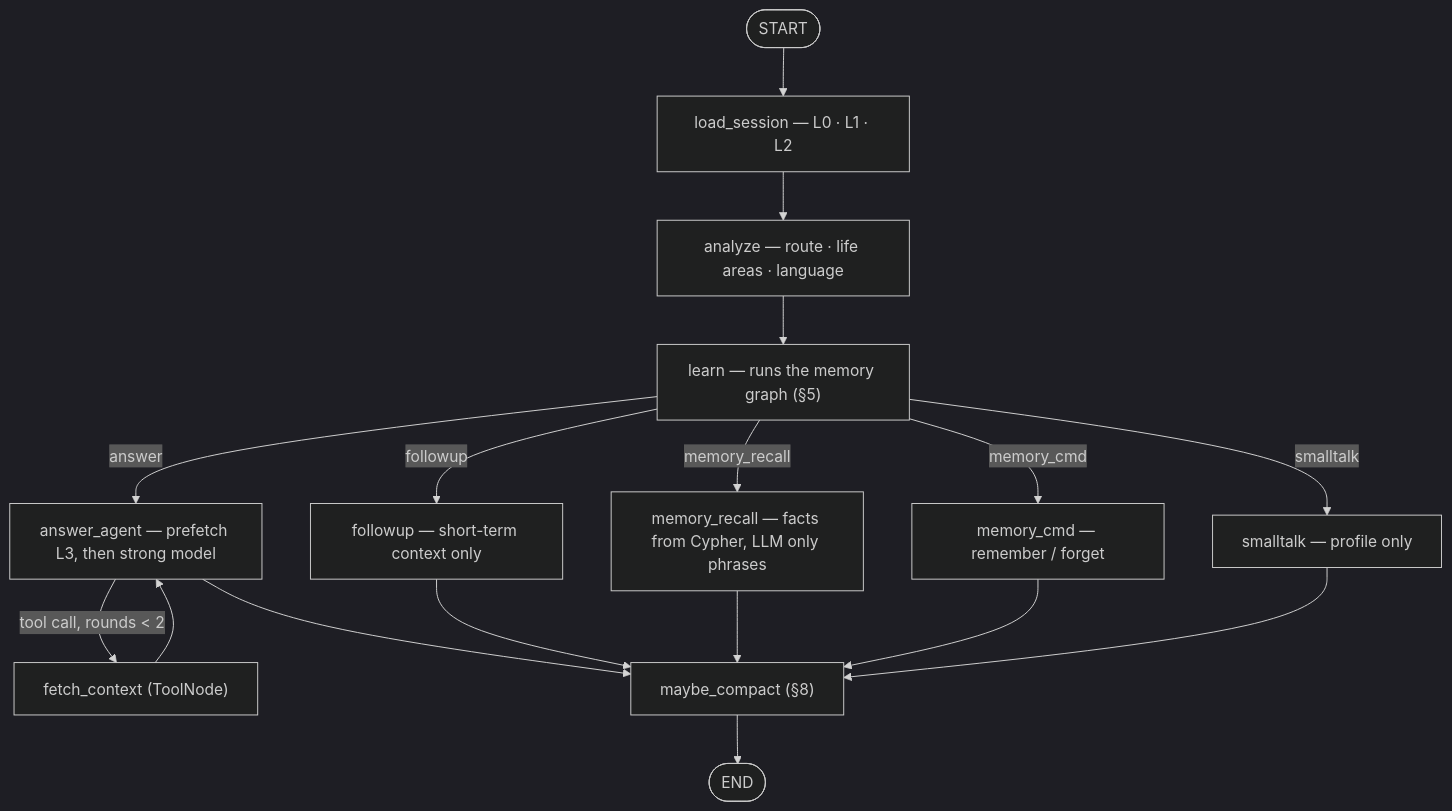
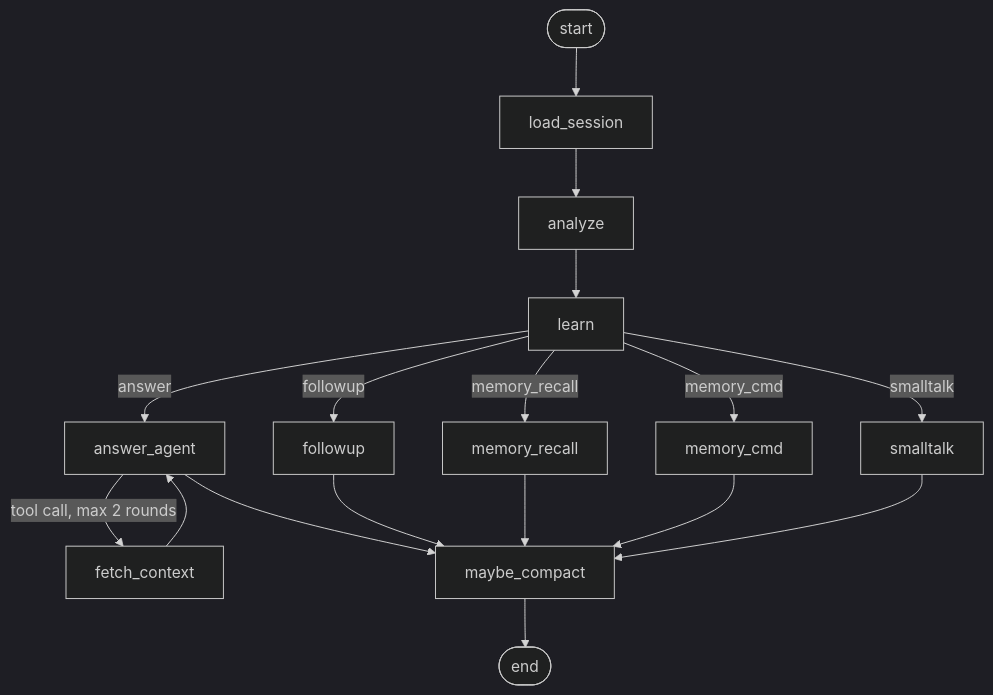
The second of 3 diagrams in docs/ARCHITECTURE.md (Ankit-Bharti2908/astro_app), drawn with Mermaid (dark theme) before and after one commit. The commit also changed other lines of this file and 43 other files, not shown here.

````diff
--- a/docs/ARCHITECTURE.md
+++ b/docs/ARCHITECTURE.md
@@ -78,15 +31,11 @@
 ```mermaid
 flowchart TD
-    START([START]) --> LS["load_session — L0 · L1 · L2"]
-    LS --> AN["analyze — route · life areas · language"]
-    AN --> LN["learn — runs the memory graph (§5)"]
-
-    LN -->|answer| AA["answer_agent — prefetch L3, then strong model"]
-    LN -->|followup| FU["followup — short-term context only"]
-    LN -->|memory_recall| MR["memory_recall — facts from Cypher, LLM only phrases"]
-    LN -->|memory_cmd| MC["memory_cmd — remember / forget"]
-    LN -->|smalltalk| ST["smalltalk — profile only"]
-
-    AA -->|"tool call, rounds < 2"| TL["fetch_context (ToolNode)"] --> AA
-    AA & FU & MR & MC & ST --> CMP["maybe_compact (§8)"] --> END([END])
+    S([start]) --> LS[load_session] --> AN[analyze] --> LN[learn]
+    LN -->|answer| AA[answer_agent]
+    LN -->|followup| FU[followup]
+    LN -->|memory_recall| MR[memory_recall]
+    LN -->|memory_cmd| MC[memory_cmd]
+    LN -->|smalltalk| ST[smalltalk]
+    AA -->|tool call, max 2 rounds| FC[fetch_context] --> AA
+    AA & FU & MR & MC & ST --> CP[maybe_compact] --> E([end])
 ```
````
